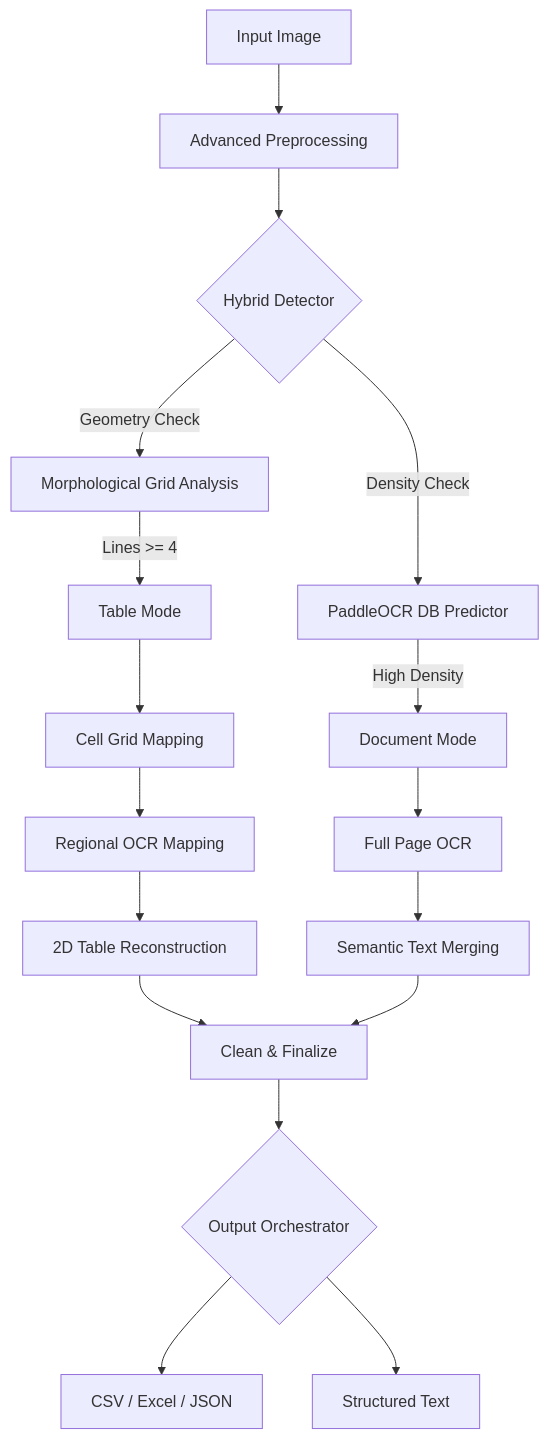
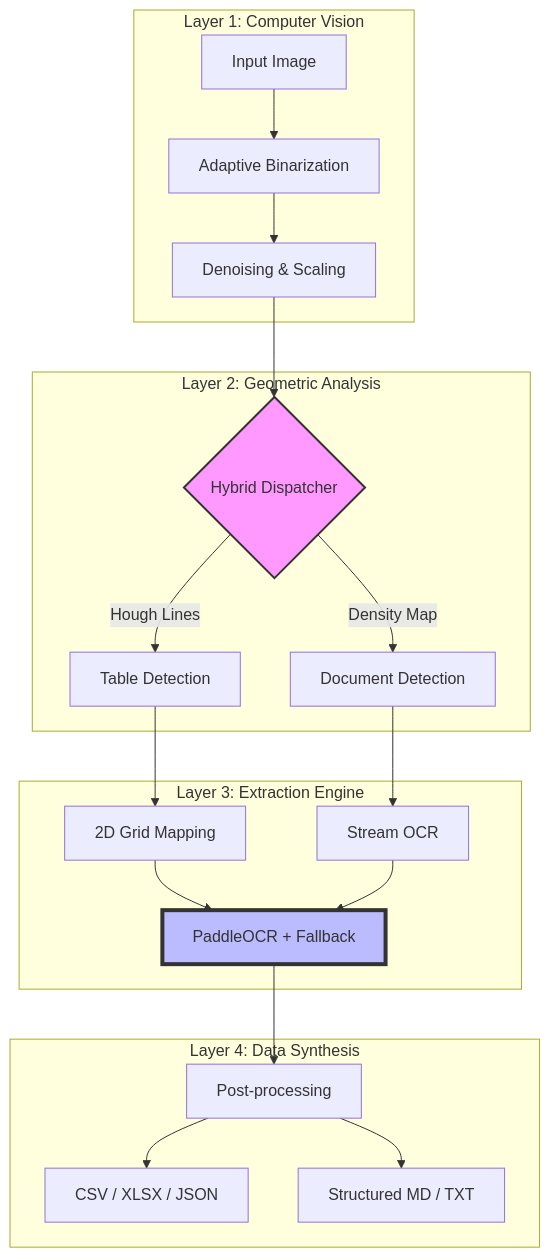
The diagram in README.md (Aksh8t/OCR-YOLO), drawn with Mermaid before and after one commit. The commit also changed other lines of this file, not shown here.

Commit message:
feat: optimize geometric analysis and refine data synthesis layer

````diff
--- a/README.md
+++ b/README.md
@@ -18,25 +27,29 @@
 ```mermaid
 graph TD
-    A[Input Image] --> B[Advanced Preprocessing]
-    B --> C{Hybrid Detector}
-    
-    C -->|Geometry Check| D[Morphological Grid Analysis]
-    C -->|Density Check| E[PaddleOCR DB Predictor]
-    
-    D -->|Lines >= 4| F[Table Mode]
-    E -->|High Density| G[Document Mode]
-    
-    F --> H[Cell Grid Mapping]
-    H --> I[Regional OCR Mapping]
-    I --> J[2D Table Reconstruction]
-    
-    G --> K[Full Page OCR]
-    K --> L[Semantic Text Merging]
-    
-    J --> M[Clean & Finalize]
-    L --> M
-    
-    M --> N{Output Orchestrator}
-    N --> O[CSV / Excel / JSON]
-    N --> P[Structured Text]
+    subgraph Layer 1: Computer Vision
+    A[Input Image] --> B[Adaptive Binarization]
+    B --> C[Denoising & Scaling]
+    end
+
+    subgraph Layer 2: Geometric Analysis
+    C --> D{Hybrid Dispatcher}
+    D -->|Hough Lines| E[Table Detection]
+    D -->|Density Map| F[Document Detection]
+    end
+
+    subgraph Layer 3: Extraction Engine
+    E --> G[2D Grid Mapping]
+    F --> H[Stream OCR]
+    G --> I[PaddleOCR + Fallback]
+    H --> I
+    end
+
+    subgraph Layer 4: Data Synthesis
+    I --> J[Post-processing]
+    J --> K[CSV / XLSX / JSON]
+    J --> L[Structured MD / TXT]
+    end
+
+    style D fill:#f9f,stroke:#333,stroke-width:2px
+    style I fill:#bbf,stroke:#333,stroke-width:4px
 ```
````
